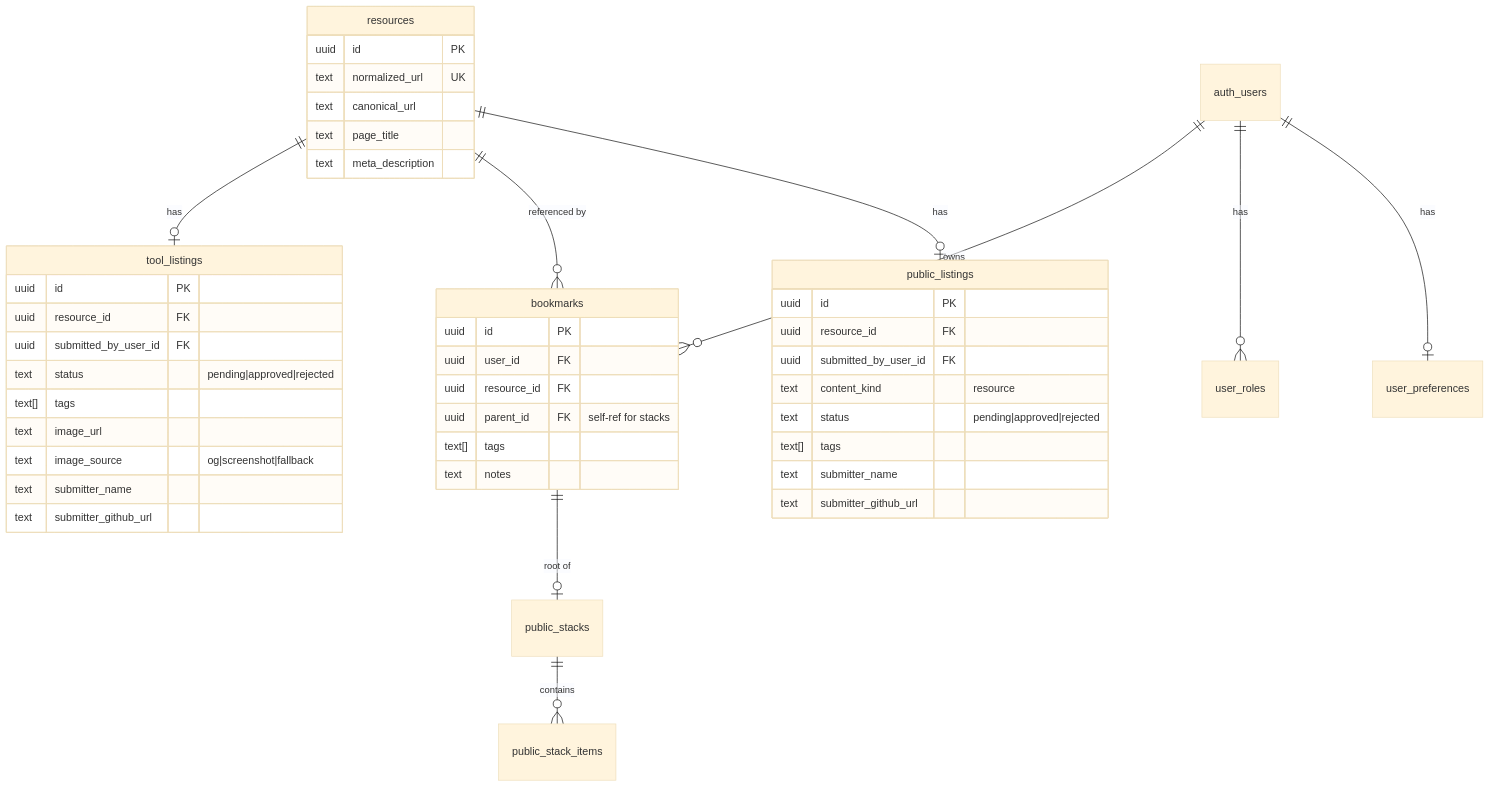
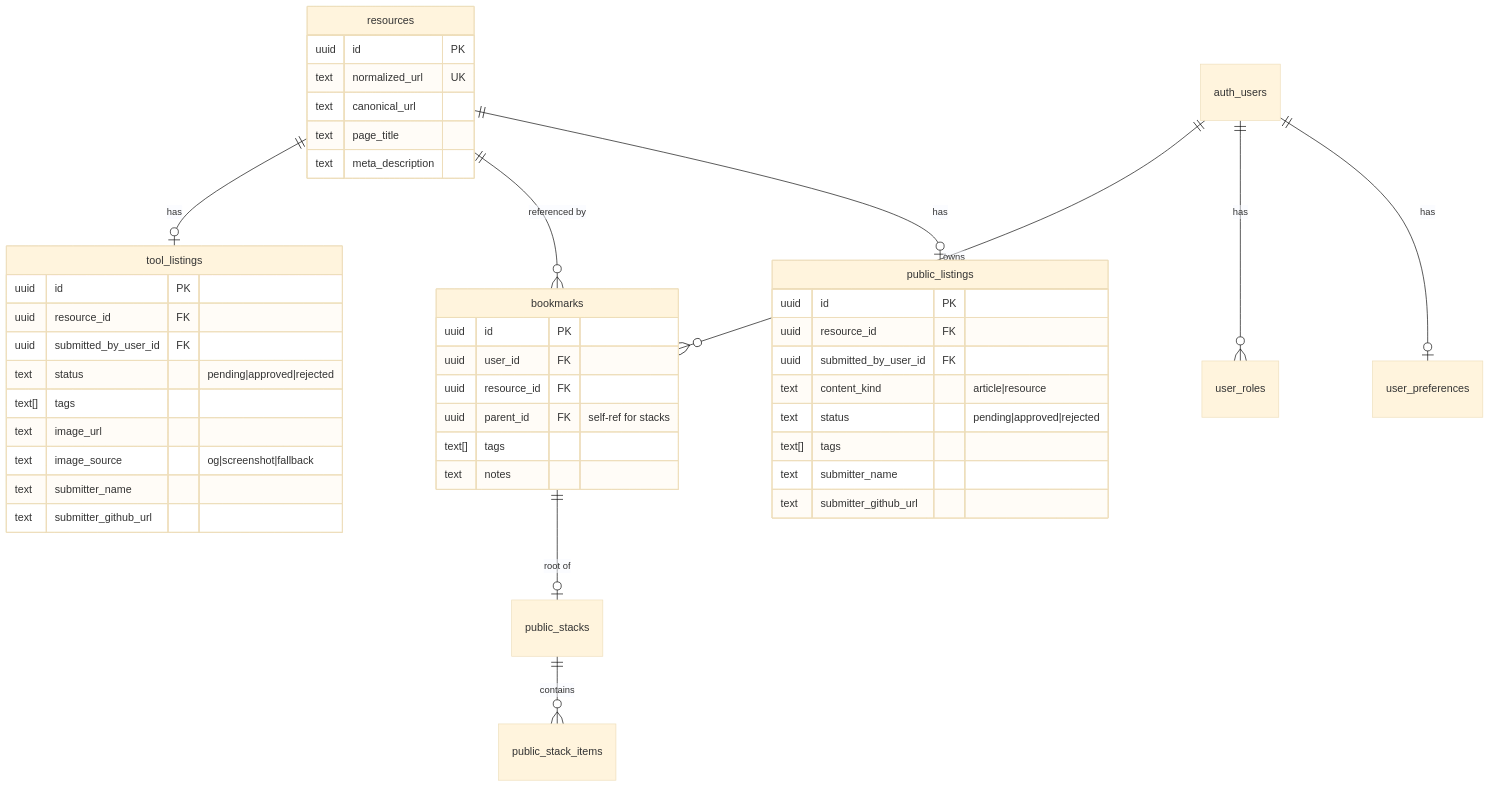
One commit to schalkneethling/makerbench-next changed the third of 7 diagrams in architecture.md. Above: the diagram before and after it, drawn with Mermaid (base theme). The commit also changed other lines of this file, not shown here.

Commit message:
docs: clarify public listing content kinds

````diff
--- a/architecture.md
+++ b/architecture.md
@@ -270,51 +270,51 @@
 ```mermaid
 erDiagram
     resources ||--o| tool_listings : "has"
     resources ||--o{ bookmarks : "referenced by"
     auth_users ||--o{ bookmarks : "owns"
     auth_users ||--o{ user_roles : "has"
     auth_users ||--o| user_preferences : "has"
     resources ||--o| public_listings : "has"
     bookmarks ||--o| public_stacks : "root of"
     public_stacks ||--o{ public_stack_items : "contains"
 
     resources {
         uuid id PK
         text normalized_url UK
         text canonical_url
         text page_title
         text meta_description
     }
 
     tool_listings {
         uuid id PK
         uuid resource_id FK
         uuid submitted_by_user_id FK
         text status "pending|approved|rejected"
         text[] tags
         text image_url
         text image_source "og|screenshot|fallback"
         text submitter_name
         text submitter_github_url
     }
 
     public_listings {
         uuid id PK
         uuid resource_id FK
         uuid submitted_by_user_id FK
-        text content_kind "resource"
+        text content_kind "article|resource"
         text status "pending|approved|rejected"
         text[] tags
         text submitter_name
         text submitter_github_url
     }
 
     bookmarks {
         uuid id PK
         uuid user_id FK
         uuid resource_id FK
         uuid parent_id FK "self-ref for stacks"
         text[] tags
         text notes
     }
 ```
````
